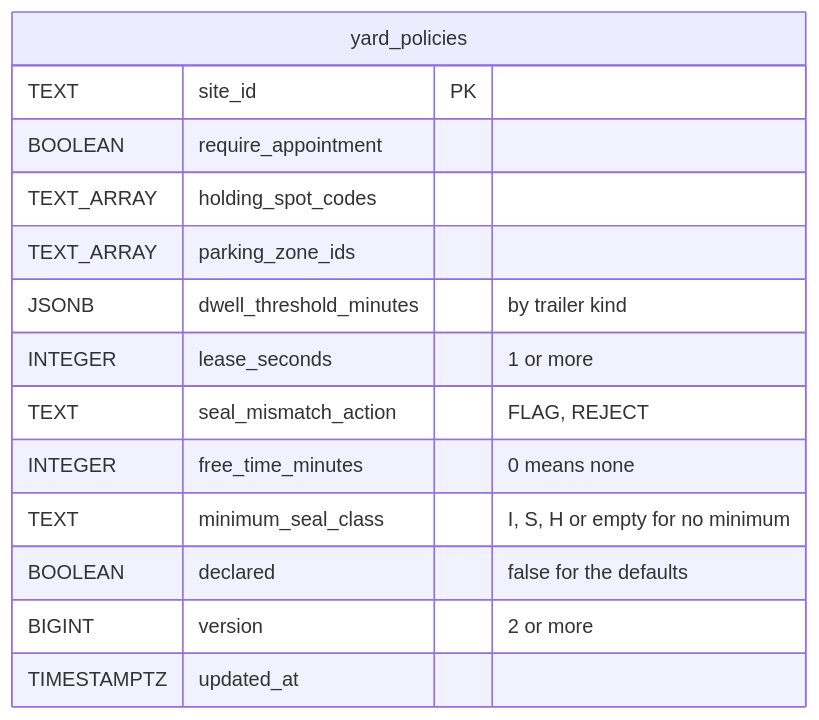
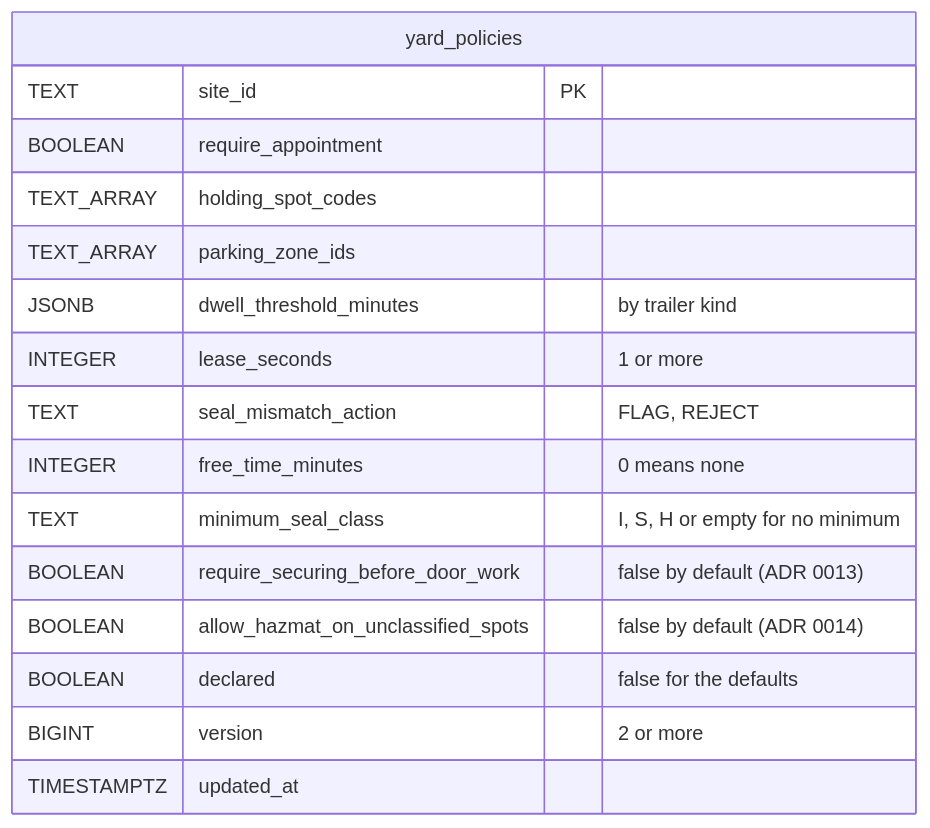
Before and after one commit to IQVO/yard-management: the fifth of 8 diagrams in docs/docs/ddd/entity-relationship.md, drawn with Mermaid. The commit also changed other lines of this file and 161 other files, not shown here.

First line of the commit message:
feat: dock safety interlock and hazmat/reefer placement (YF-5, YF-6; ADR 0013, 0014) (#17)

````diff
--- a/docs/docs/ddd/entity-relationship.md
+++ b/docs/docs/ddd/entity-relationship.md
@@ -143,18 +149,20 @@
 ```mermaid
 erDiagram
     direction LR
     yard_policies {
         TEXT site_id PK
         BOOLEAN require_appointment
         TEXT_ARRAY holding_spot_codes
         TEXT_ARRAY parking_zone_ids
         JSONB dwell_threshold_minutes "by trailer kind"
         INTEGER lease_seconds "1 or more"
         TEXT seal_mismatch_action "FLAG, REJECT"
         INTEGER free_time_minutes "0 means none"
         TEXT minimum_seal_class "I, S, H or empty for no minimum"
+        BOOLEAN require_securing_before_door_work "false by default (ADR 0013)"
+        BOOLEAN allow_hazmat_on_unclassified_spots "false by default (ADR 0014)"
         BOOLEAN declared "false for the defaults"
         BIGINT version "2 or more"
         TIMESTAMPTZ updated_at
     }
 ```
````
